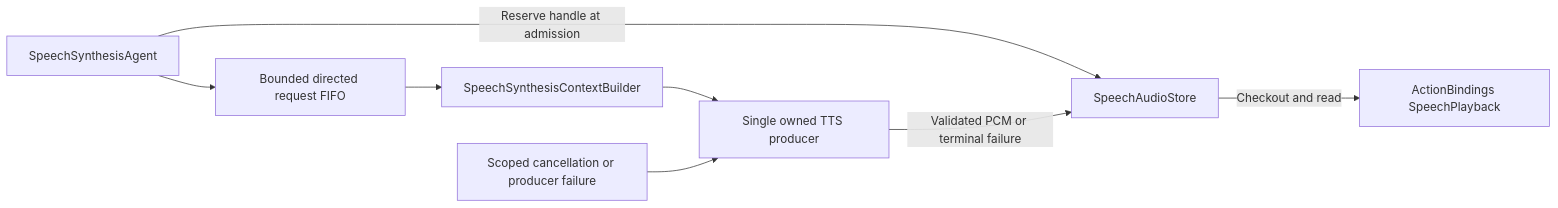
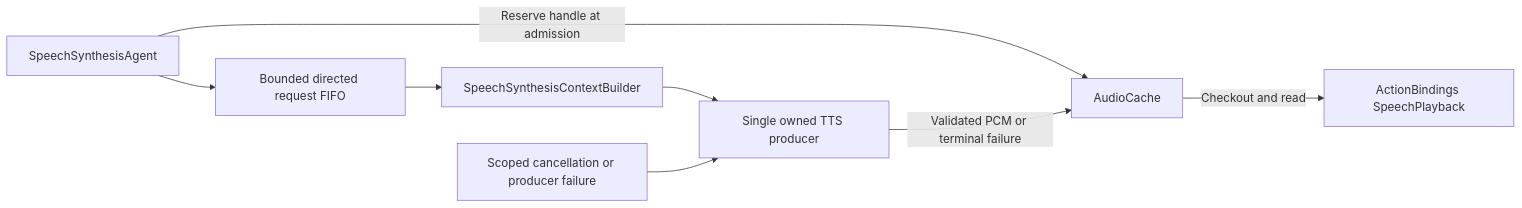
Before and after one commit to devilyouwei/MobileHarness: the second of 2 diagrams in MobileHarness/Agents/SpeechSynthesis/README.md, drawn with Mermaid. The commit also changed other lines of this file and 299 other files, not shown here.

````diff
--- a/MobileHarness/Agents/SpeechSynthesis/README.md
+++ b/MobileHarness/Agents/SpeechSynthesis/README.md
@@ -26,10 +26,10 @@
 ```mermaid
 flowchart LR
  Agent[SpeechSynthesisAgent] --> Queue[Bounded directed request FIFO]
- Agent -->|Reserve handle at admission| Store[SpeechAudioStore]
+ Agent -->|Reserve handle at admission| Store[AudioCache]
  Queue --> Builder[SpeechSynthesisContextBuilder]
  Builder --> Producer[Single owned TTS producer]
  Producer -->|Validated PCM or terminal failure| Store
  Cancel[Scoped cancellation or producer failure] --> Producer
  Store -->|Checkout and read| Playback[ActionBindings SpeechPlayback]
 ```
````
